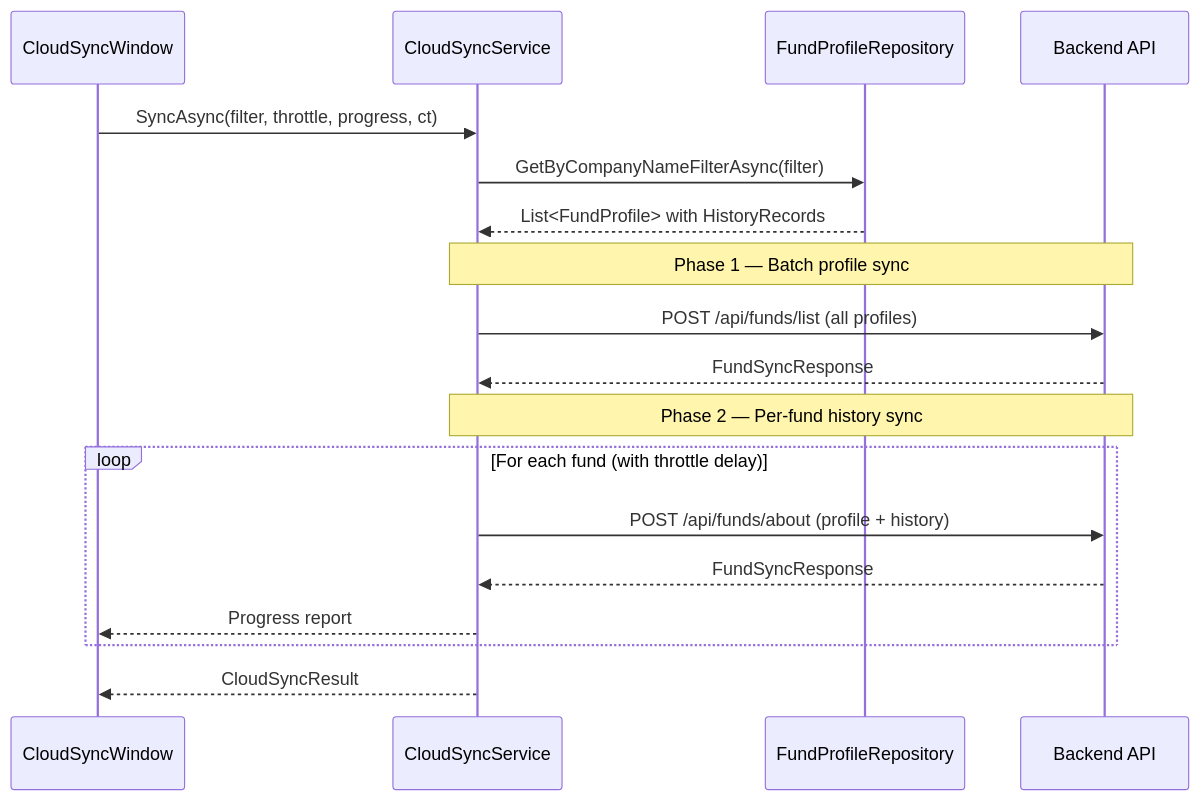
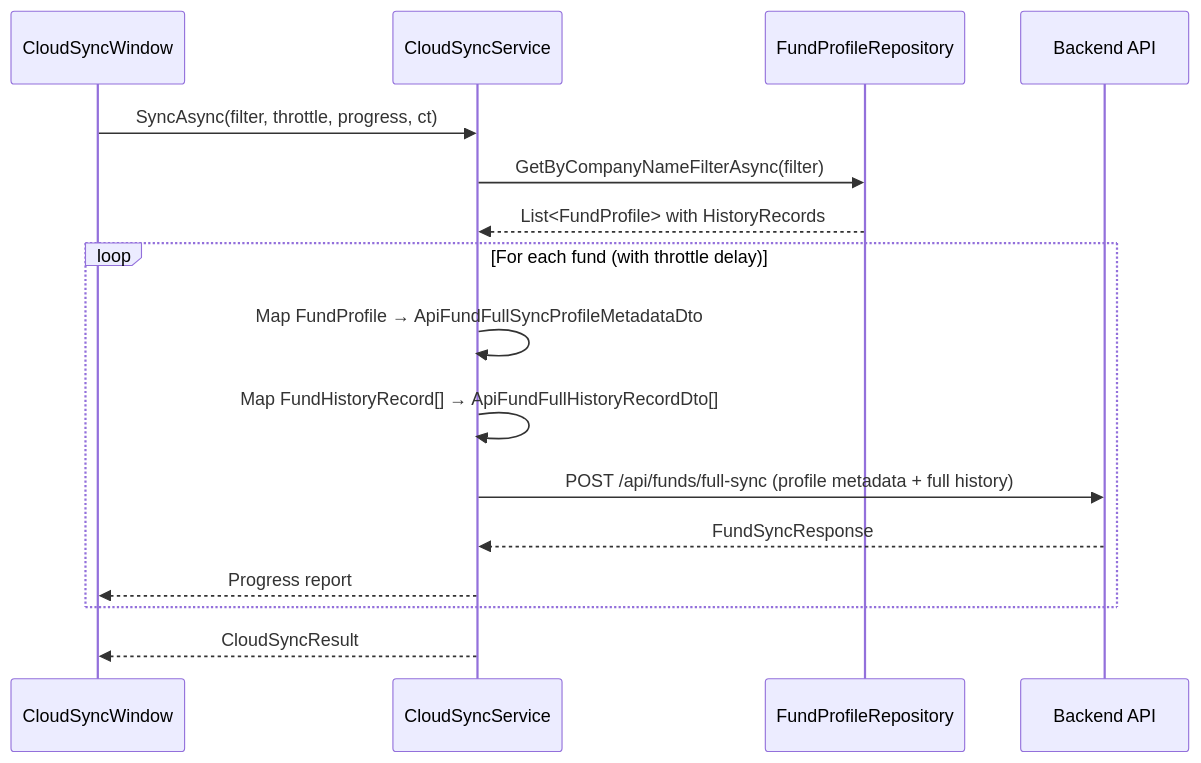
One commit to Muhomorik/SemanticKernel-FundDocsQnA-dotnet-nextjs changed the first of 3 diagrams in YieldRaccoon/docs/CLOUD-SYNC.md. Above: the diagram before and after it, drawn with Mermaid. The commit also changed other lines of this file and 9 other files, not shown here.

Commit message:
Add full-sync support for fund profiles and history records via `POST /api/funds/full-sync`. Transition CloudSync to single-phase per-fund sync, update DTOs, mappers, and tests accordingly.

````diff
--- a/YieldRaccoon/docs/CLOUD-SYNC.md
+++ b/YieldRaccoon/docs/CLOUD-SYNC.md
@@ -28,24 +34,21 @@
 ```mermaid
 sequenceDiagram
     participant VM as CloudSyncWindow
     participant SVC as CloudSyncService
     participant DB as FundProfileRepository
     participant API as Backend API
 
     VM->>SVC: SyncAsync(filter, throttle, progress, ct)
     SVC->>DB: GetByCompanyNameFilterAsync(filter)
     DB-->>SVC: List<FundProfile> with HistoryRecords
 
-    Note over SVC,API: Phase 1 — Batch profile sync
-    SVC->>API: POST /api/funds/list (all profiles)
-    API-->>SVC: FundSyncResponse
-
-    Note over SVC,API: Phase 2 — Per-fund history sync
     loop For each fund (with throttle delay)
-        SVC->>API: POST /api/funds/about (profile + history)
+        SVC->>SVC: Map FundProfile → ApiFundFullSyncProfileMetadataDto
+        SVC->>SVC: Map FundHistoryRecord[] → ApiFundFullHistoryRecordDto[]
+        SVC->>API: POST /api/funds/full-sync (profile metadata + full history)
         API-->>SVC: FundSyncResponse
         SVC-->>VM: Progress report
     end
 
     SVC-->>VM: CloudSyncResult
 ```
````
